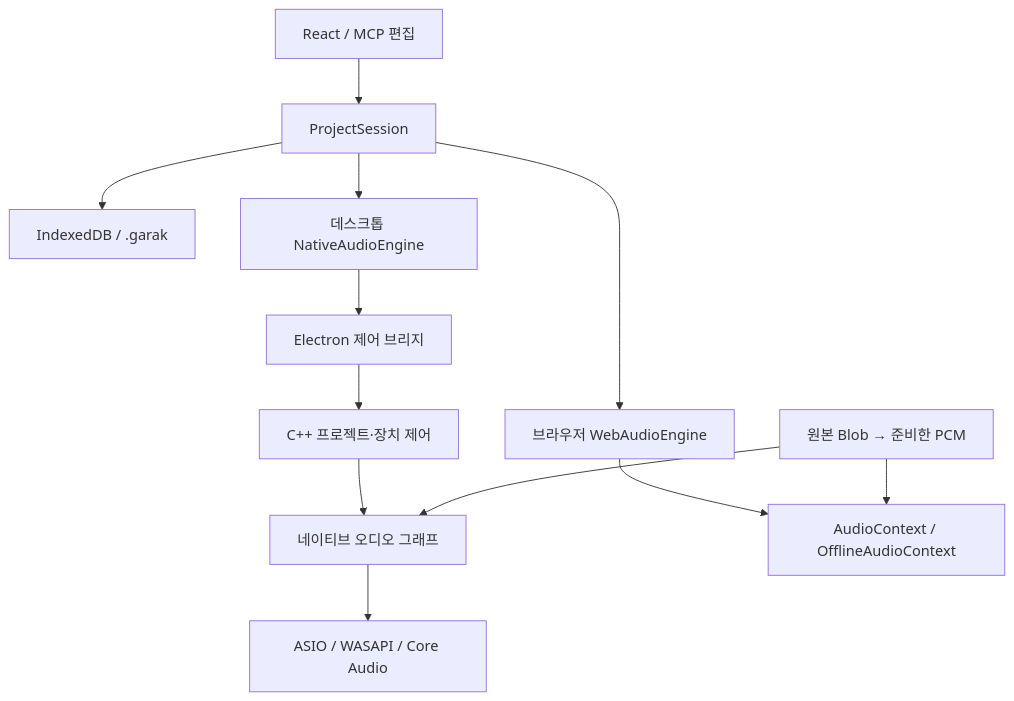
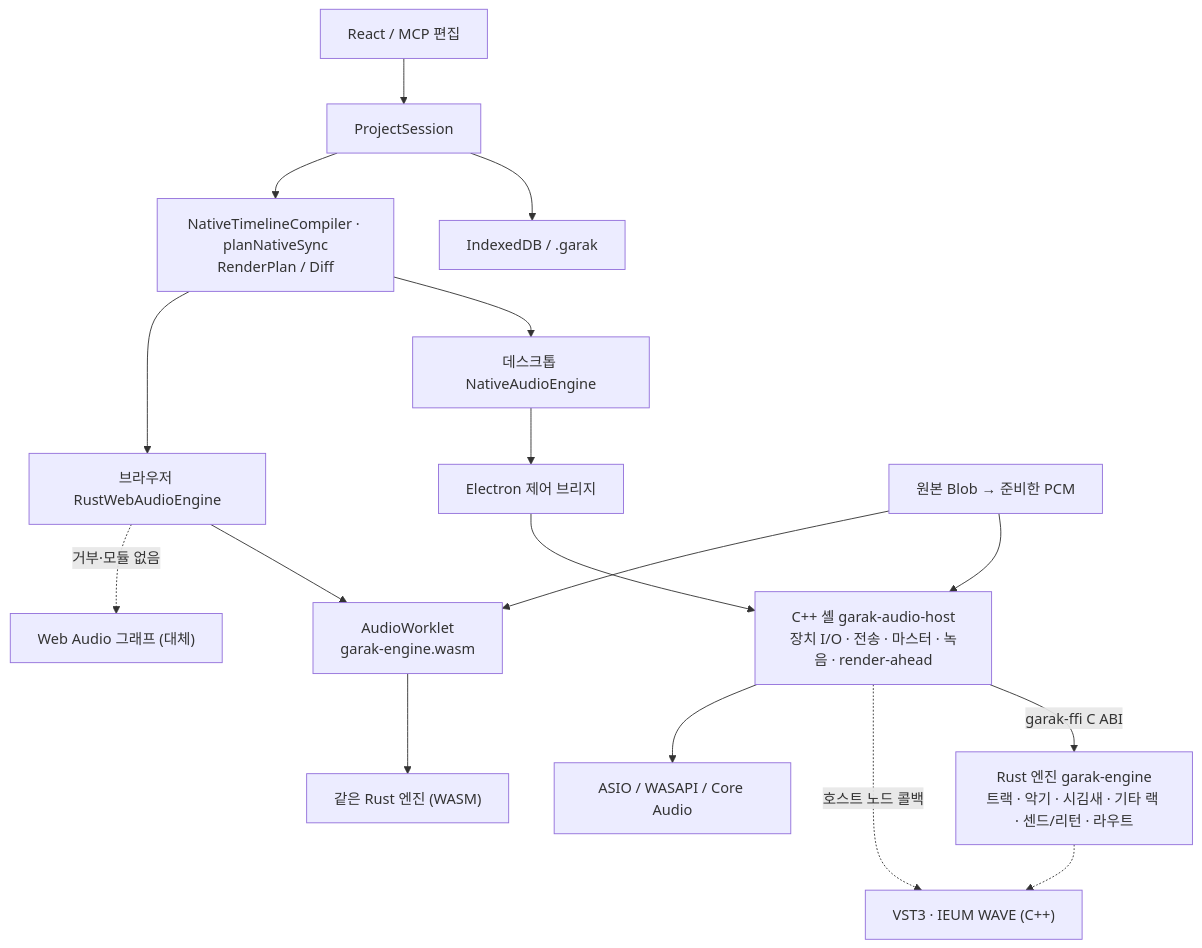
One commit to songchez/garak-ieum changed the diagram in docs/ARCHITECTURE.md. Above: the diagram before and after it, drawn with Mermaid. The commit also changed other lines of this file and 22 other files, not shown here.

First line of the commit message:
docs: describe the unified Rust engine in the README and docs

````diff
--- a/docs/ARCHITECTURE.md
+++ b/docs/ARCHITECTURE.md
@@ -9,14 +9,19 @@
 ```mermaid
 flowchart TD
   UI["React / MCP 편집"] --> P["ProjectSession"]
   P --> S["IndexedDB / .garak"]
-  P --> N["데스크톱 NativeAudioEngine"]
+  P --> T["NativeTimelineCompiler · planNativeSync<br/>RenderPlan / Diff"]
+  T --> N["데스크톱 NativeAudioEngine"]
   N --> IPC["Electron 제어 브리지"]
-  IPC --> C["C++ 프로젝트·장치 제어"]
-  C --> G["네이티브 오디오 그래프"]
-  G --> D["ASIO / WASAPI / Core Audio"]
-  P --> W["브라우저 WebAudioEngine"]
-  W --> B["AudioContext / OfflineAudioContext"]
-  A["원본 Blob → 준비한 PCM"] --> G
-  A --> B
+  IPC --> C["C++ 셸 garak-audio-host<br/>장치 I/O · 전송 · 마스터 · 녹음 · render-ahead"]
+  C -->|"garak-ffi C ABI"| E["Rust 엔진 garak-engine<br/>트랙 · 악기 · 시김새 · 기타 랙 · 센드/리턴 · 라우트"]
+  C -.->|"호스트 노드 콜백"| V["VST3 · IEUM WAVE (C++)"]
+  E -.-> V
+  C --> D["ASIO / WASAPI / Core Audio"]
+  T --> W["브라우저 RustWebAudioEngine"]
+  W --> K["AudioWorklet<br/>garak-engine.wasm"]
+  K --> E2["같은 Rust 엔진 (WASM)"]
+  W -.->|"거부·모듈 없음"| B["Web Audio 그래프 (대체)"]
+  A["원본 Blob → 준비한 PCM"] --> C
+  A --> K
 ```
````
